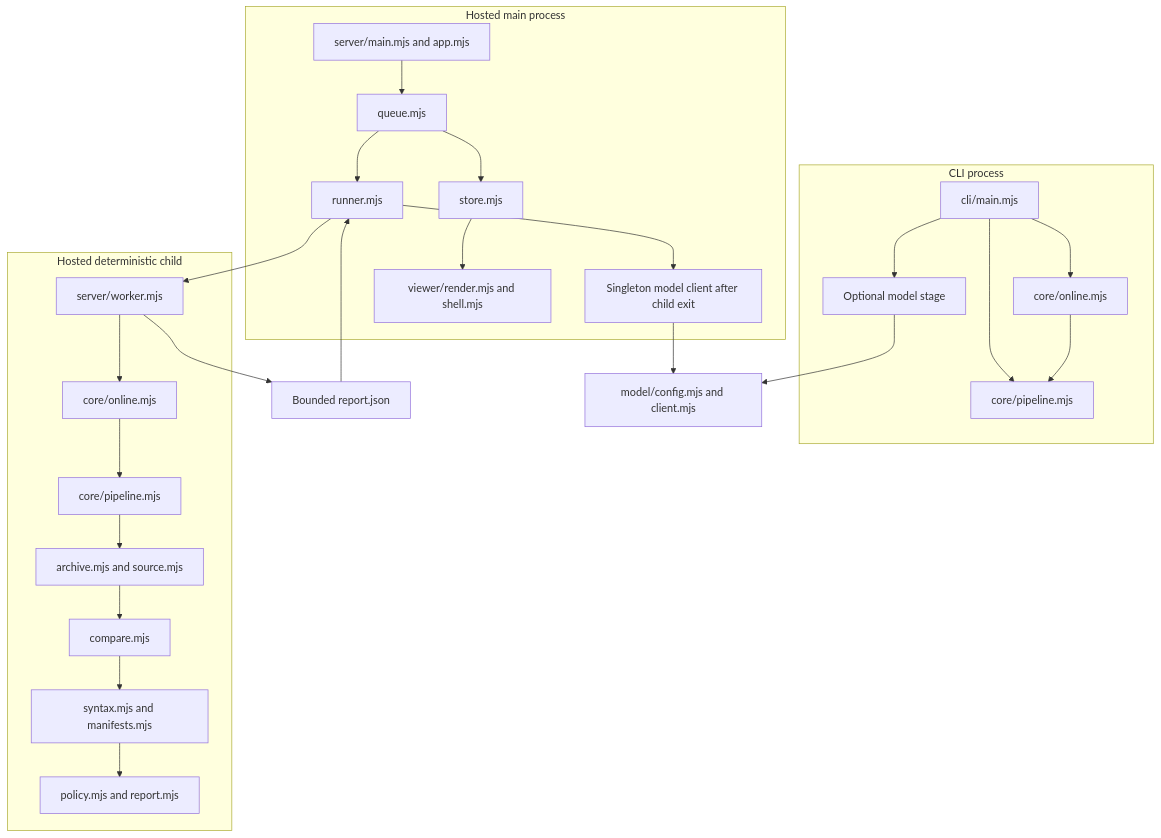
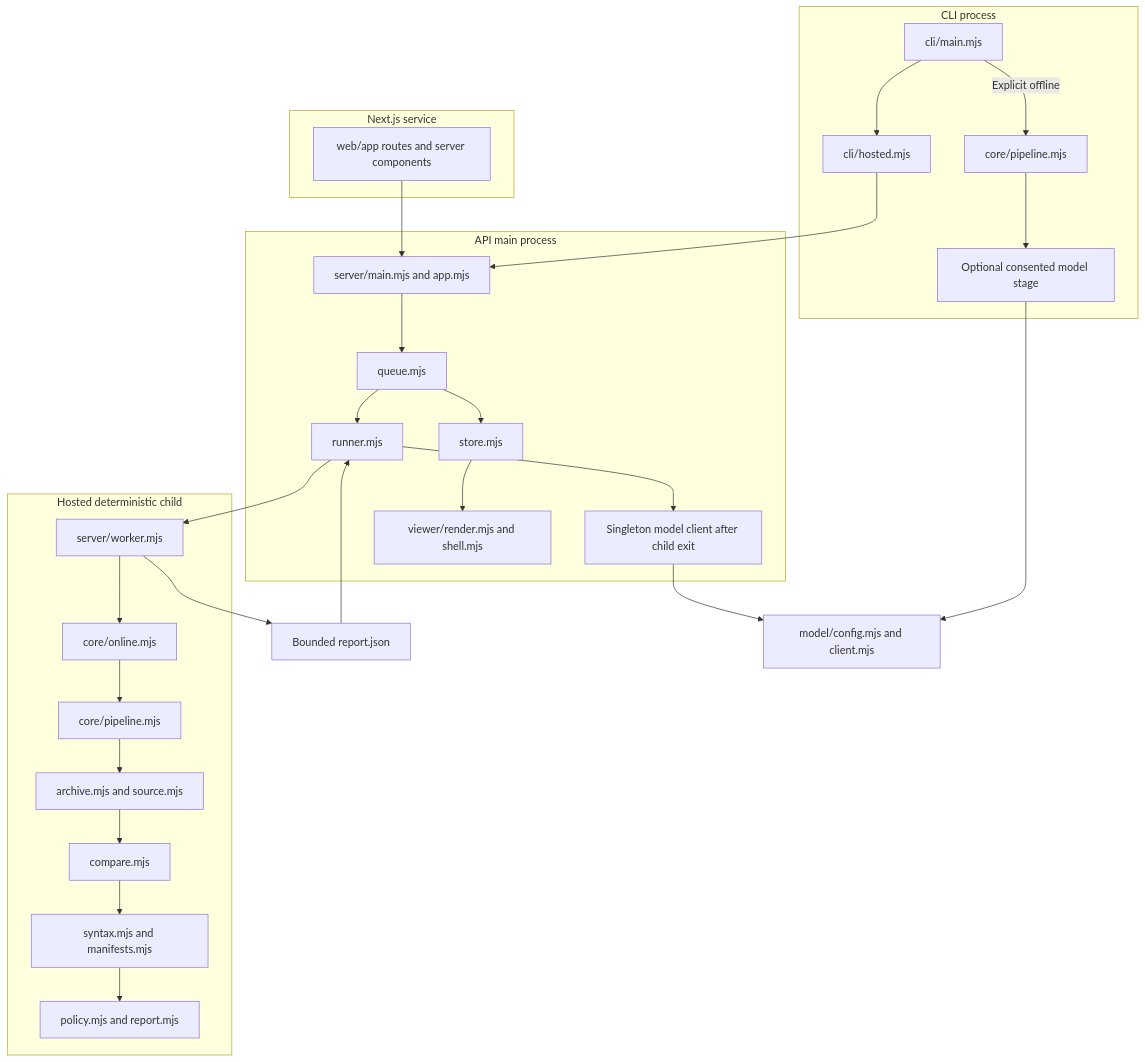
The second of 6 diagrams in docs/architecture.md (Vaiditya2207/unmask), drawn with Mermaid before and after one commit. The commit also changed other lines of this file and 4 other files, not shown here.

````diff
--- a/docs/architecture.md
+++ b/docs/architecture.md
@@ -61,29 +54,33 @@
 ```mermaid
 flowchart TB
+  subgraph Website[Next.js service]
+    Web[web/app routes and server components]
+  end
   subgraph CLIProcess[CLI process]
-    CLI[cli/main.mjs] --> Local[core/pipeline.mjs]
-    CLI --> OnlineCLI[core/online.mjs]
-    OnlineCLI --> Local
-    CLI --> CLIModel[Optional model stage]
+    CLI[cli/main.mjs] --> Hosted[cli/hosted.mjs]
+    CLI -->|Explicit offline| Local[core/pipeline.mjs]
+    Local --> CLIModel[Optional consented model stage]
   end
-  subgraph MainProcess[Hosted main process]
+  subgraph MainProcess[API main process]
     HTTP[server/main.mjs and app.mjs] --> Queue[queue.mjs]
     Queue --> Runner[runner.mjs]
     Runner --> ParentModel[Singleton model client after child exit]
     Queue --> Store[store.mjs]
     Store --> Render[viewer/render.mjs and shell.mjs]
   end
   subgraph ChildProcess[Hosted deterministic child]
     Worker[server/worker.mjs] --> Online[core/online.mjs]
     Online --> Pipeline[core/pipeline.mjs]
     Pipeline --> Archive[archive.mjs and source.mjs]
     Archive --> Compare[compare.mjs]
     Compare --> Inspect[syntax.mjs and manifests.mjs]
     Inspect --> Policy[policy.mjs and report.mjs]
   end
+  Web --> HTTP
+  Hosted --> HTTP
   Runner --> Worker
   Worker --> Result[Bounded report.json]
   Result --> Runner
   CLIModel --> Config[model/config.mjs and client.mjs]
   ParentModel --> Config
 ```
````
